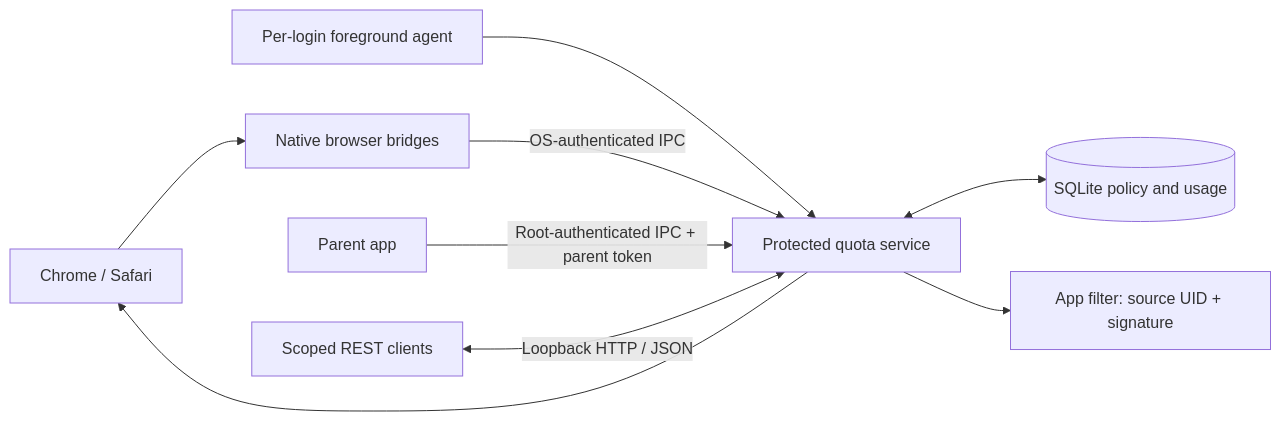
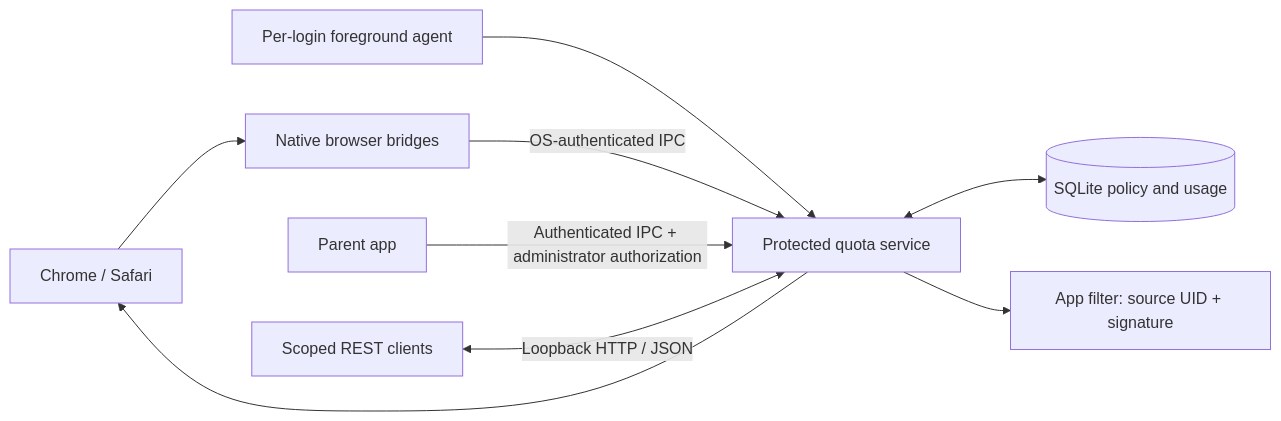
One commit to unixist/kids-quota changed the diagram in README.md. Above: the diagram before and after it, drawn with Mermaid. The commit also changed other lines of this file and 31 other files, not shown here.

````diff
--- a/README.md
+++ b/README.md
@@ -89,11 +123,11 @@
 ```mermaid
 flowchart LR
   B[Chrome / Safari] --> H[Native browser bridges]
   A[Per-login foreground agent] --> Q[Protected quota service]
   H -->|OS-authenticated IPC| Q
-  P[Parent app] -->|Root-authenticated IPC + parent token| Q
+  P[Parent app] -->|Authenticated IPC + administrator authorization| Q
   Q <--> D[(SQLite policy and usage)]
   Q --> B
   Q --> F[App filter: source UID + signature]
   R[Scoped REST clients] <-->|Loopback HTTP / JSON| Q
 ```
````
